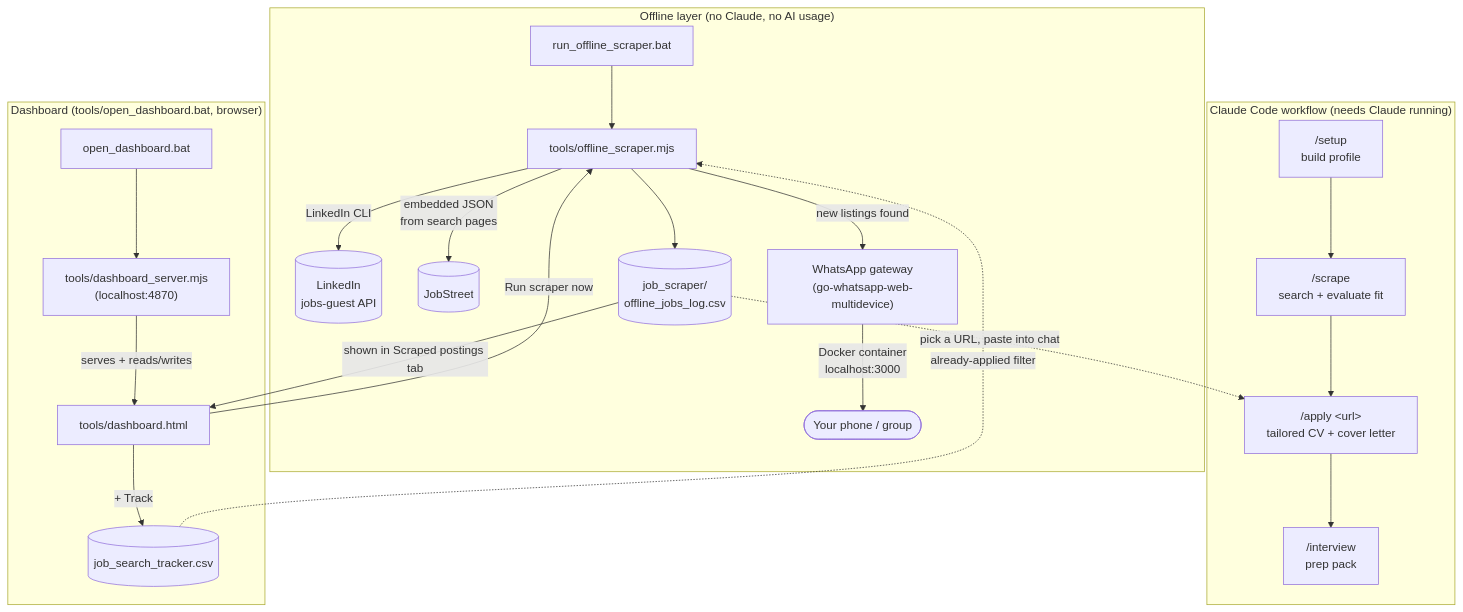
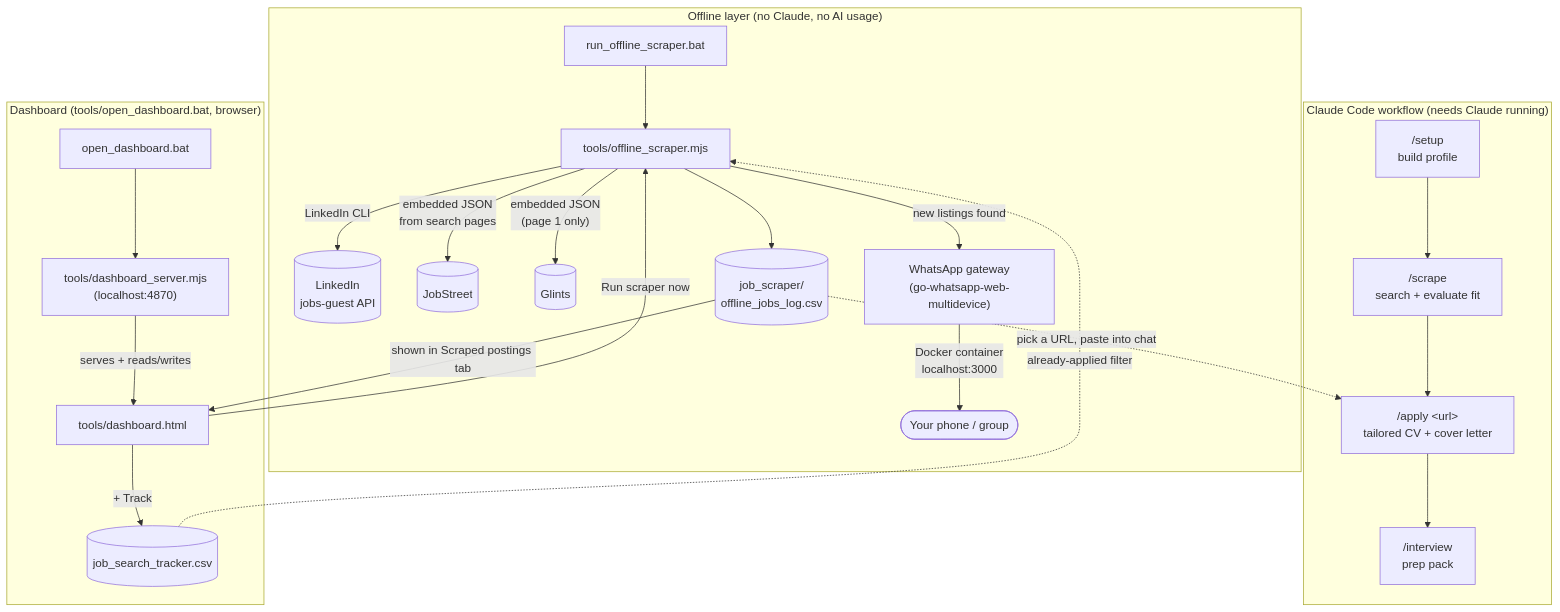
The diagram in README.md (afprayogi/ai-internship-search-proto), drawn with Mermaid before and after one commit. The commit also changed other lines of this file and 2 other files, not shown here.

````diff
--- a/README.md
+++ b/README.md
@@ -32,28 +32,29 @@
 ```mermaid
 flowchart TD
     subgraph claude["Claude Code workflow (needs Claude running)"]
         setup["/setup\nbuild profile"] --> scrape["/scrape\nsearch + evaluate fit"]
         scrape --> apply["/apply &lt;url&gt;\ntailored CV + cover letter"]
         apply --> interview["/interview\nprep pack"]
     end
 
     subgraph offline["Offline layer (no Claude, no AI usage)"]
         bat["run_offline_scraper.bat"] --> scraper["tools/offline_scraper.mjs"]
         scraper -->|"LinkedIn CLI"| li[("LinkedIn\njobs-guest API")]
         scraper -->|"embedded JSON\nfrom search pages"| js[("JobStreet")]
+        scraper -->|"embedded JSON\n(page 1 only)"| gl[("Glints")]
         scraper --> csv[("job_scraper/\noffline_jobs_log.csv")]
         scraper -->|"new listings found"| wa["WhatsApp gateway\n(go-whatsapp-web-multidevice)"]
         wa -->|"Docker container\nlocalhost:3000"| phone(["Your phone / group"])
     end
 
     subgraph dash["Dashboard (tools/open_dashboard.bat, browser)"]
         dbat["open_dashboard.bat"] --> dserver["tools/dashboard_server.mjs\n(localhost:4870)"]
         dserver -->|"serves + reads/writes"| dhtml["tools/dashboard.html"]
         dhtml -->|"Run scraper now"| scraper
         dhtml -->|"+ Track"| tracker[("job_search_tracker.csv")]
     end
 
     csv -.->|"pick a URL, paste into chat"| apply
     csv -->|"shown in Scraped postings tab"| dhtml
     tracker -.->|"already-applied filter"| scraper
 ```
````
